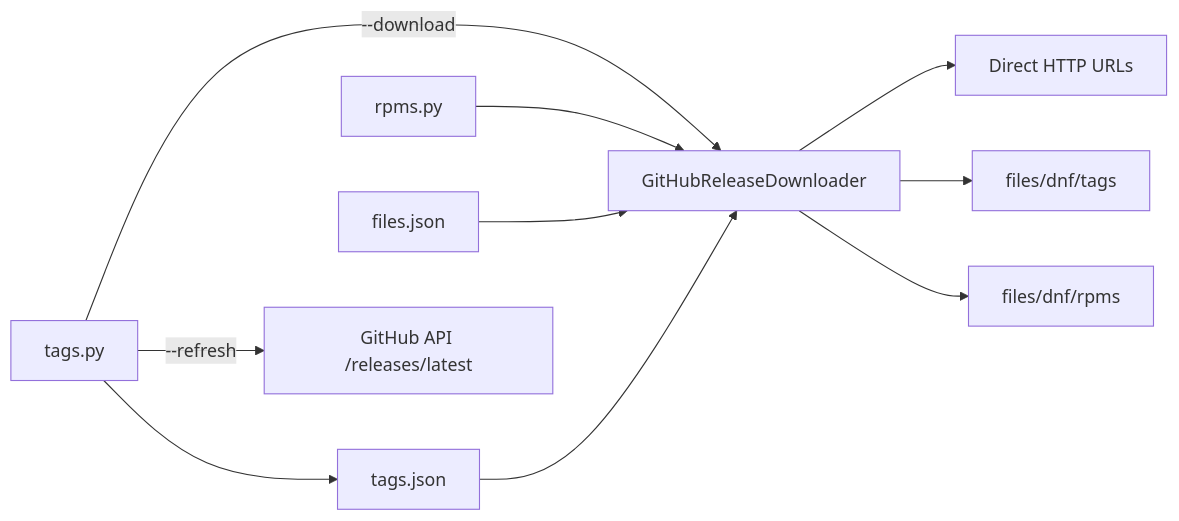
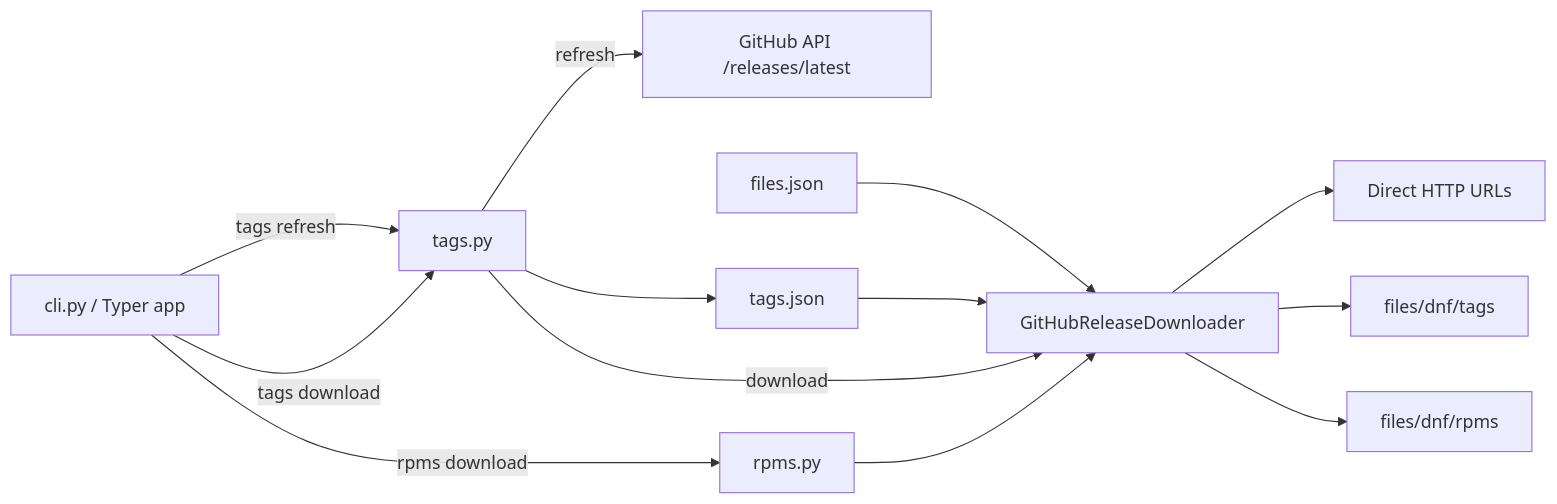
The diagram in docs/ublue-images-python-review.md (purkkis/ublue-images), drawn with Mermaid before and after one commit. The commit also changed other lines of this file and 2 other files, not shown here.

````diff
--- a/docs/ublue-images-python-review.md
+++ b/docs/ublue-images-python-review.md
@@ -24,22 +25,26 @@
 ```mermaid
 flowchart LR
   tags_json[tags.json]
   files_json[files.json]
   tags_py[tags.py]
   rpms_py[rpms.py]
+  cli_py[cli.py / Typer app]
   ghd[GitHubReleaseDownloader]
   gh_api[GitHub API /releases/latest]
   urls[Direct HTTP URLs]
   out_tags[files/dnf/tags]
   out_rpms[files/dnf/rpms]
 
-  tags_py -->|--refresh| gh_api
+  cli_py -->|tags refresh| tags_py
+  cli_py -->|tags download| tags_py
+  cli_py -->|rpms download| rpms_py
+  tags_py -->|refresh| gh_api
   tags_py --> tags_json
-  tags_py -->|--download| ghd
+  tags_py -->|download| ghd
   rpms_py --> ghd
   files_json --> ghd
   tags_json --> ghd
   ghd --> urls
   ghd --> out_tags
   ghd --> out_rpms
 ```
````
